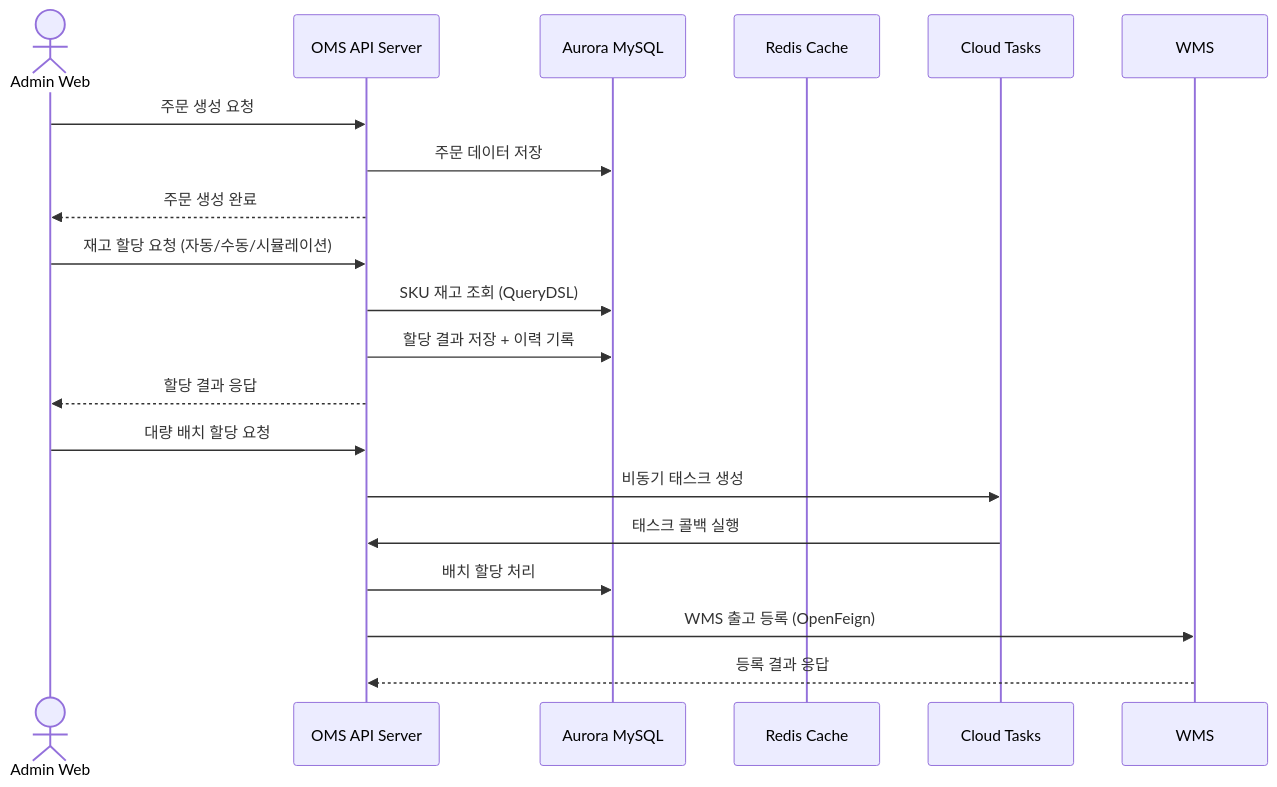
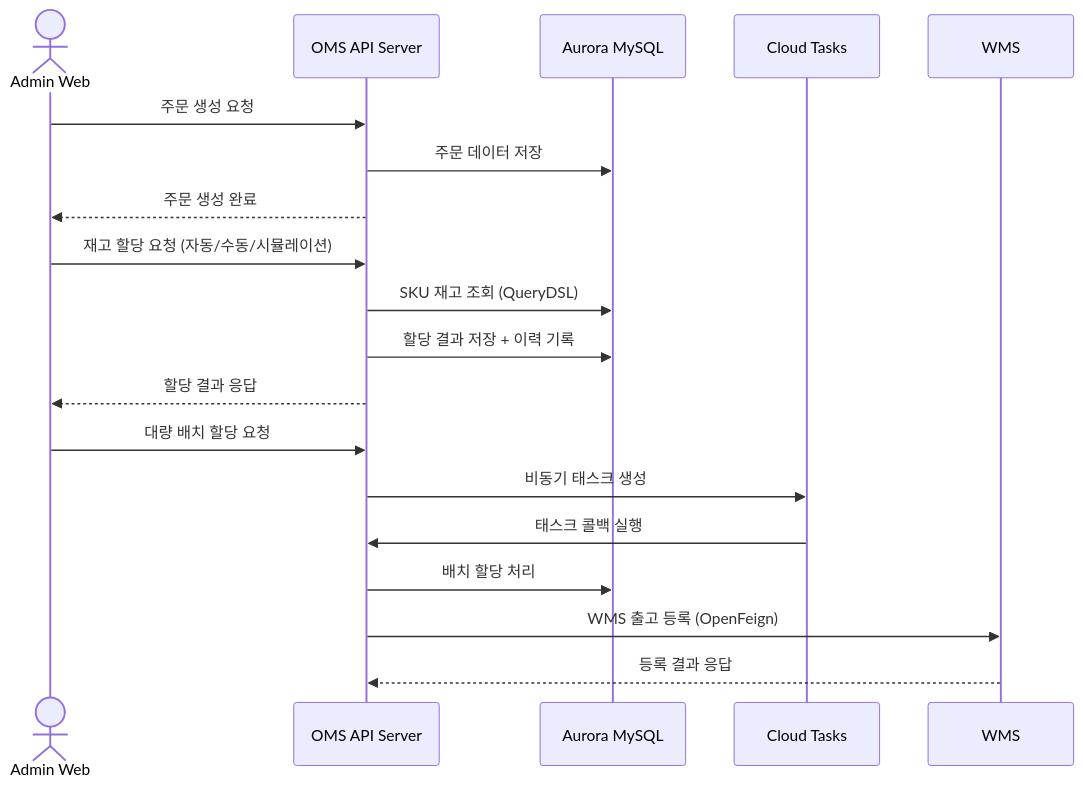
The first of 6 diagrams in detail/메이크스타_상세.md (geunwoobaek/resume), drawn with Mermaid before and after one commit. The commit also changed other lines of this file and 3 other files, not shown here.

First line of the commit message:
Enhance Nexon Flink streaming ETL sequence diagram

````diff
--- a/detail/메이크스타_상세.md
+++ b/detail/메이크스타_상세.md
@@ -166,25 +186,24 @@
 ```mermaid
 sequenceDiagram
     actor Admin as Admin Web
     participant OMS as OMS API Server
     participant DB as Aurora MySQL
-    participant Redis as Redis Cache
     participant CT as Cloud Tasks
     participant WMS as WMS
 
     Admin->>OMS: 주문 생성 요청
     OMS->>DB: 주문 데이터 저장
     OMS-->>Admin: 주문 생성 완료
 
     Admin->>OMS: 재고 할당 요청 (자동/수동/시뮬레이션)
     OMS->>DB: SKU 재고 조회 (QueryDSL)
     OMS->>DB: 할당 결과 저장 + 이력 기록
     OMS-->>Admin: 할당 결과 응답
 
     Admin->>OMS: 대량 배치 할당 요청
     OMS->>CT: 비동기 태스크 생성
     CT->>OMS: 태스크 콜백 실행
     OMS->>DB: 배치 할당 처리
     OMS->>WMS: WMS 출고 등록 (OpenFeign)
     WMS-->>OMS: 등록 결과 응답
 ```
````
